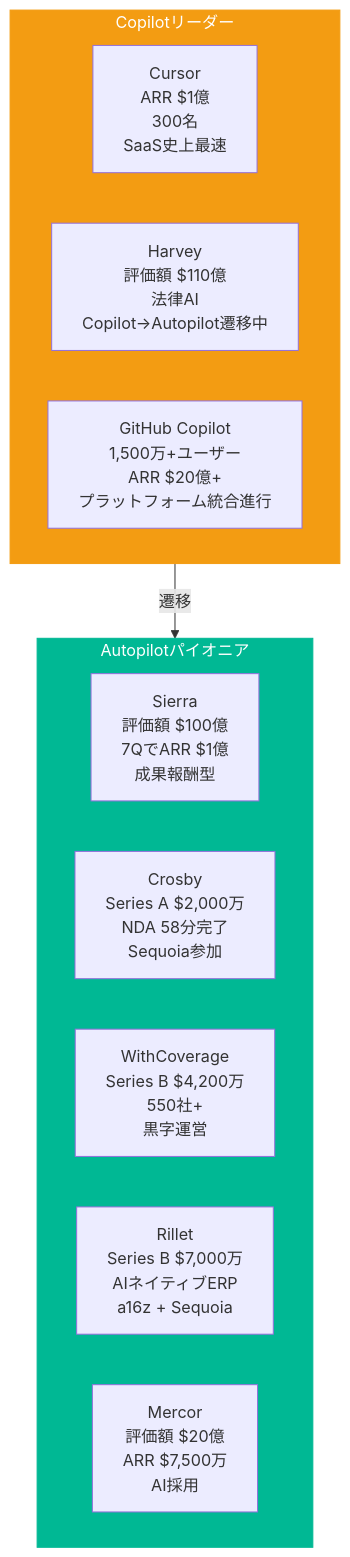
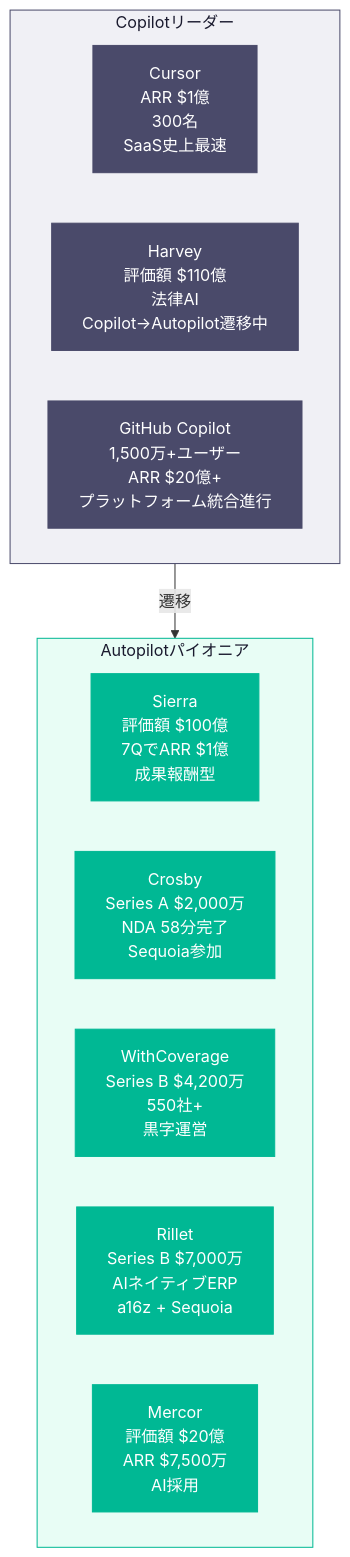
The seventh of 10 diagrams in docs/jp/saas-is-dead_JP.md (Leading-AI-IO/saas-is-dead-the-next-ai-business-model), drawn with Mermaid before and after one commit. The commit also changed other lines of this file, not shown here.

````diff
--- a/docs/jp/saas-is-dead_JP.md
+++ b/docs/jp/saas-is-dead_JP.md
@@ -681,23 +692,31 @@
 ```mermaid
 flowchart TD
     subgraph COPILOT["Copilotリーダー"]
         direction LR
         CP1["Cursor\nARR $1億\n300名\nSaaS史上最速"]
         CP2["Harvey\n評価額 $110億\n法律AI\nCopilot→Autopilot遷移中"]
         CP3["GitHub Copilot\n1,500万+ユーザー\nARR $20億+\nプラットフォーム統合進行"]
     end
 
     subgraph AUTOPILOT["Autopilotパイオニア"]
         direction LR
         AP1["Sierra\n評価額 $100億\n7QでARR $1億\n成果報酬型"]
         AP2["Crosby\nSeries A $2,000万\nNDA 58分完了\nSequoia参加"]
         AP3["WithCoverage\nSeries B $4,200万\n550社+\n黒字運営"]
         AP4["Rillet\nSeries B $7,000万\nAIネイティブERP\na16z + Sequoia"]
         AP5["Mercor\n評価額 $20億\nARR $7,500万\nAI採用"]
     end
 
     COPILOT -- "遷移" --> AUTOPILOT
 
-    style COPILOT fill:#f39c12,stroke:#f39c12,color:#fff
-    style AUTOPILOT fill:#00b894,stroke:#00b894,color:#fff
+    style COPILOT fill:#f0f0f5,stroke:#4a4a6a,color:#1a1a2e
+    style AUTOPILOT fill:#e8fdf5,stroke:#00b894,color:#1a1a2e
+    style CP1 fill:#4a4a6a,stroke:#4a4a6a,color:#fff
+    style CP2 fill:#4a4a6a,stroke:#4a4a6a,color:#fff
+    style CP3 fill:#4a4a6a,stroke:#4a4a6a,color:#fff
+    style AP1 fill:#00b894,stroke:#00b894,color:#fff
+    style AP2 fill:#00b894,stroke:#00b894,color:#fff
+    style AP3 fill:#00b894,stroke:#00b894,color:#fff
+    style AP4 fill:#00b894,stroke:#00b894,color:#fff
+    style AP5 fill:#00b894,stroke:#00b894,color:#fff
 ```
````
